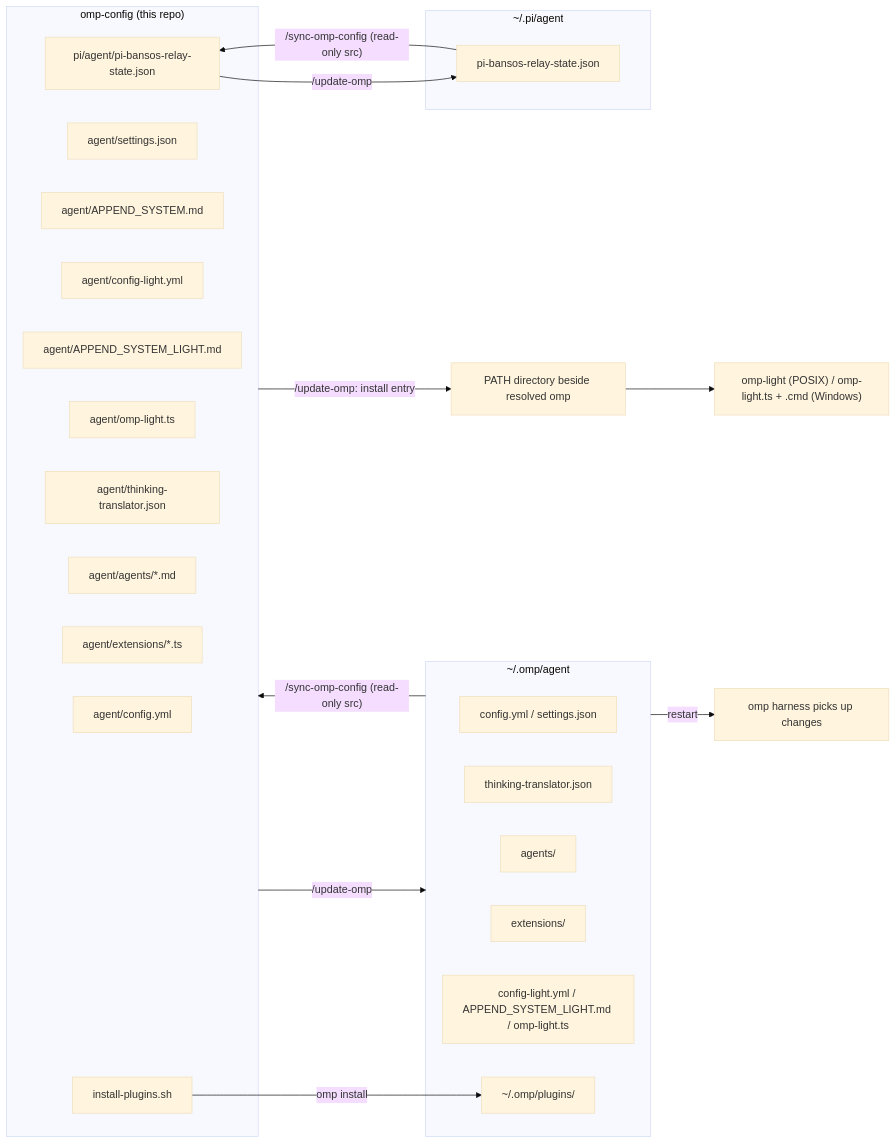
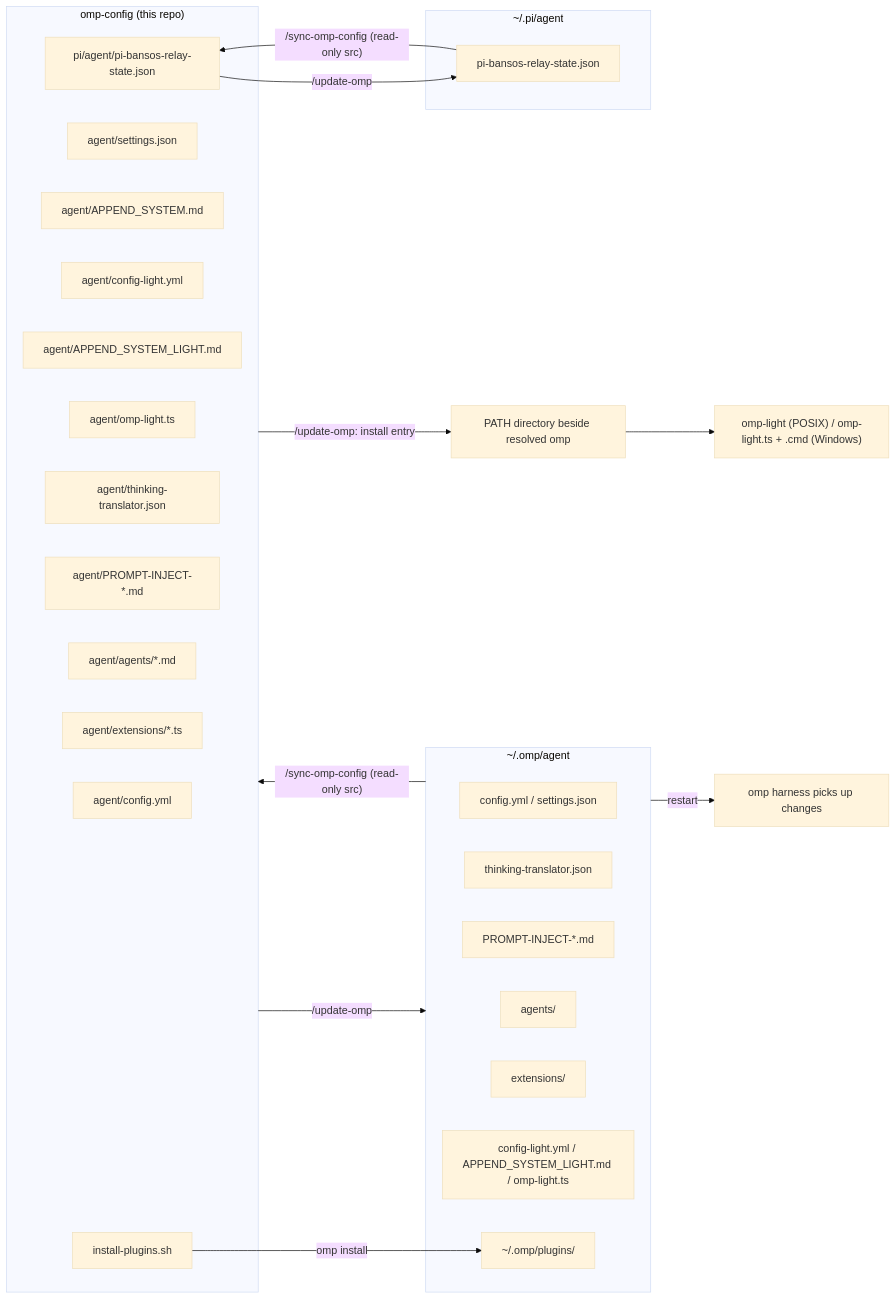
One commit to mouriya-s-lab/omp-config changed the diagram in AGENTS.md. Above: the diagram before and after it, drawn with Mermaid (base theme). The commit also changed other lines of this file and 10 other files, not shown here.

````diff
--- a/AGENTS.md
+++ b/AGENTS.md
@@ -23,37 +24,39 @@
 ```mermaid
 flowchart LR
   subgraph repo["omp-config (this repo)"]
     A["agent/config.yml"]
     S["agent/settings.json"]
     P["agent/APPEND_SYSTEM.md"]
     L1["agent/config-light.yml"]
     L2["agent/APPEND_SYSTEM_LIGHT.md"]
     L3["agent/omp-light.ts"]
     T["agent/thinking-translator.json"]
+    Q["agent/PROMPT-INJECT-*.md"]
     G["agent/agents/*.md"]
     E["agent/extensions/*.ts"]
     I["install-plugins.sh"]
     B["pi/agent/pi-bansos-relay-state.json"]
   end
   subgraph machine["~/.omp/agent"]
     LA["config.yml / settings.json"]
     LT["thinking-translator.json"]
+    LQ["PROMPT-INJECT-*.md"]
     LG["agents/"]
     LE["extensions/"]
     LL["config-light.yml / APPEND_SYSTEM_LIGHT.md / omp-light.ts"]
     PL["~/.omp/plugins/"]
   end
   subgraph pihome["~/.pi/agent"]
     LB["pi-bansos-relay-state.json"]
   end
   O["PATH directory beside resolved omp"]
   M["omp-light (POSIX) / omp-light.ts + .cmd (Windows)"]
   repo -->|"/update-omp"| machine
   B -->|"/update-omp"| LB
   LB -->|"/sync-omp-config (read-only src)"| B
   repo -->|"/update-omp: install entry"| O
   O --> M
   machine -->|"/sync-omp-config (read-only src)"| repo
   I -->|"omp install"| PL
   machine -->|restart| H["omp harness picks up changes"]
 ```
````
